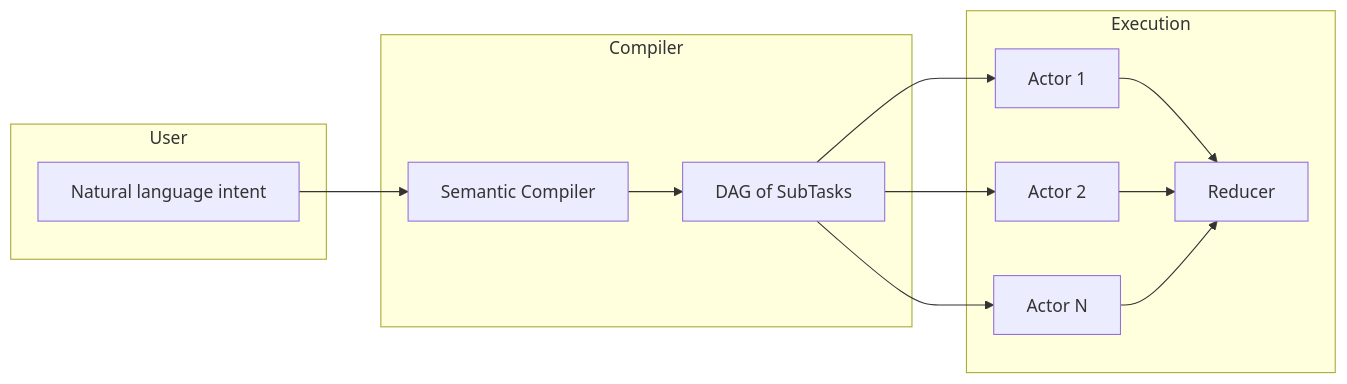
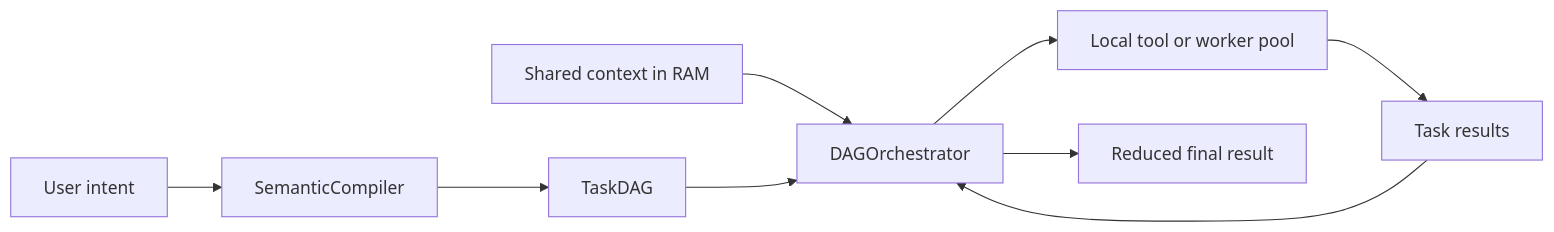
Before and after one commit to aantenore/ThreadSwarm: the diagram in README.md, drawn with Mermaid. The commit also changed other lines of this file and 4 other files, not shown here.

````diff
--- a/README.md
+++ b/README.md
@@ -28,24 +24,11 @@
 ```mermaid
 flowchart LR
-    subgraph User
-        A[Natural language intent]
-    end
-    subgraph Compiler
-        B[Semantic Compiler]
-        C[DAG of SubTasks]
-    end
-    subgraph Execution
-        D[Actor 1]
-        E[Actor 2]
-        F[Actor N]
-        G[Reducer]
-    end
-    A --> B
-    B --> C
-    C --> D
+    A["User intent"] --> B["SemanticCompiler"]
+    B --> C["TaskDAG"]
+    D["Shared context in RAM"] --> E["DAGOrchestrator"]
     C --> E
-    C --> F
-    D --> G
-    E --> G
-    F --> G
+    E --> F["Local tool or worker pool"]
+    F --> G["Task results"]
+    G --> E
+    E --> H["Reduced final result"]
 ```
````
